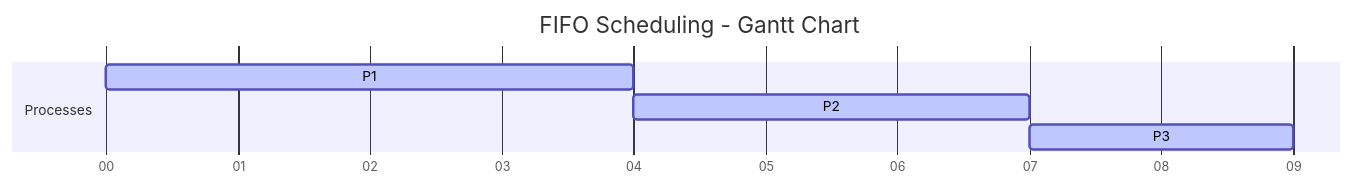
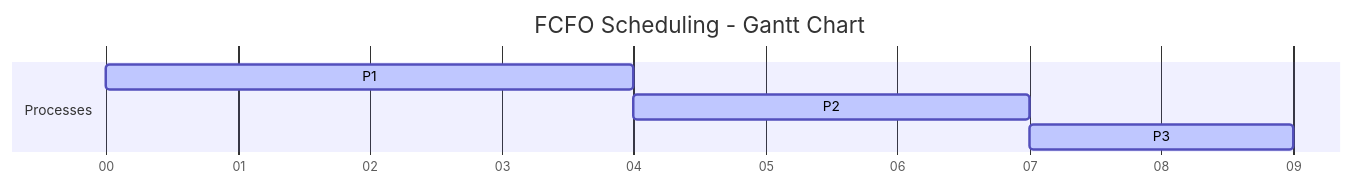
One commit to Cyberistic/Kuwait-University-Computer-Engineering-Masters-Prep-2025 changed the second of 6 diagrams in 5 - Operating Systems/20 - Process Management.md. Above: the diagram before and after it, drawn with Mermaid. The commit also changed other lines of this file, not shown here.

Commit message:
vault backup: 2025-04-14 19:21:45
Affected files:
Kuwait University Masters Prep

````diff
--- a/5 - Operating Systems/20 - Process Management.md
+++ b/5 - Operating Systems/20 - Process Management.md
@@ -140,13 +140,13 @@
 ```mermaid
 gantt
-    title FIFO Scheduling - Gantt Chart
+    title FCFO Scheduling - Gantt Chart
     dateFormat  YYYY-MM-DD HH:mm
     axisFormat  %M
     tickInterval 1minute
 
     section Processes
     P1 :active, p1, 2024-01-01 00:00, 4m
     P2 :active, p2, 2024-01-01 00:04, 3m
     P3 :active, p3, 2024-01-01 00:07, 2m
 
 ```
````
